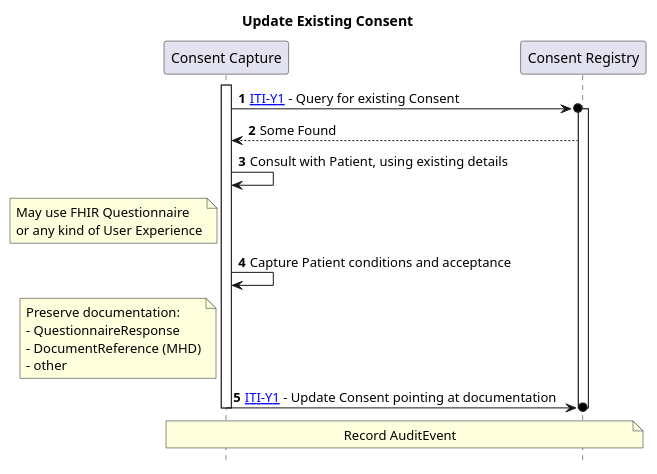
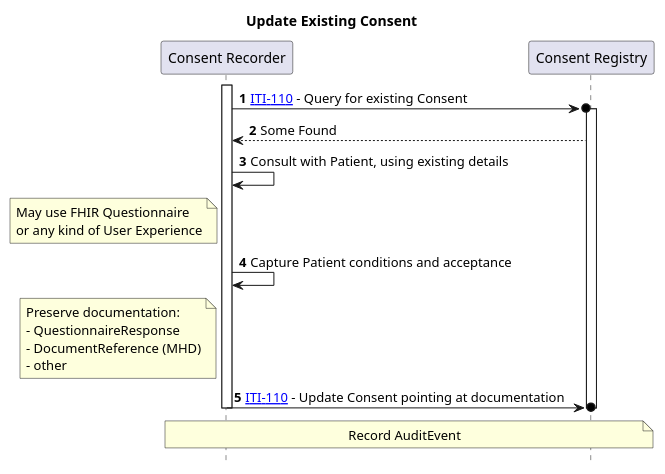
One commit to IHE/ITI.PCF changed the diagram in input/images-source/usecase2-processflow.plantuml. Above: the diagram before and after it, drawn with PlantUML. The commit also changed 15 other files, not shown here.

```diff
--- a/input/images-source/usecase2-processflow.plantuml
+++ b/input/images-source/usecase2-processflow.plantuml
@@ -1,20 +1,20 @@
 @startuml
 skinparam svgDimensionStyle false
 hide footbox
 autonumber
 title "Update Existing Consent"
-participant "Consent Capture" as capture
+participant "Consent Recorder" as capture
 participant "Consent Registry" as registry
 activate capture
-capture ->o registry : [[ITI-Y1.html ITI-Y1]] - Query for existing Consent
+capture ->o registry : [[ITI-110.html ITI-110]] - Query for existing Consent
 activate registry
 registry --> capture : Some Found
 capture -> capture : Consult with Patient, using existing details
 note left of capture: May use FHIR Questionnaire\nor any kind of User Experience
 capture -> capture : Capture Patient conditions and acceptance
 note left of capture: Preserve documentation:\n- QuestionnaireResponse\n- DocumentReference (MHD)\n- other
-capture ->o registry : [[ITI-Y1.html ITI-Y1]] - Update Consent pointing at documentation
+capture ->o registry : [[ITI-110.html ITI-110]] - Update Consent pointing at documentation
 note over capture, registry : Record AuditEvent
 deactivate registry
 deactivate capture 
 @enduml
```
